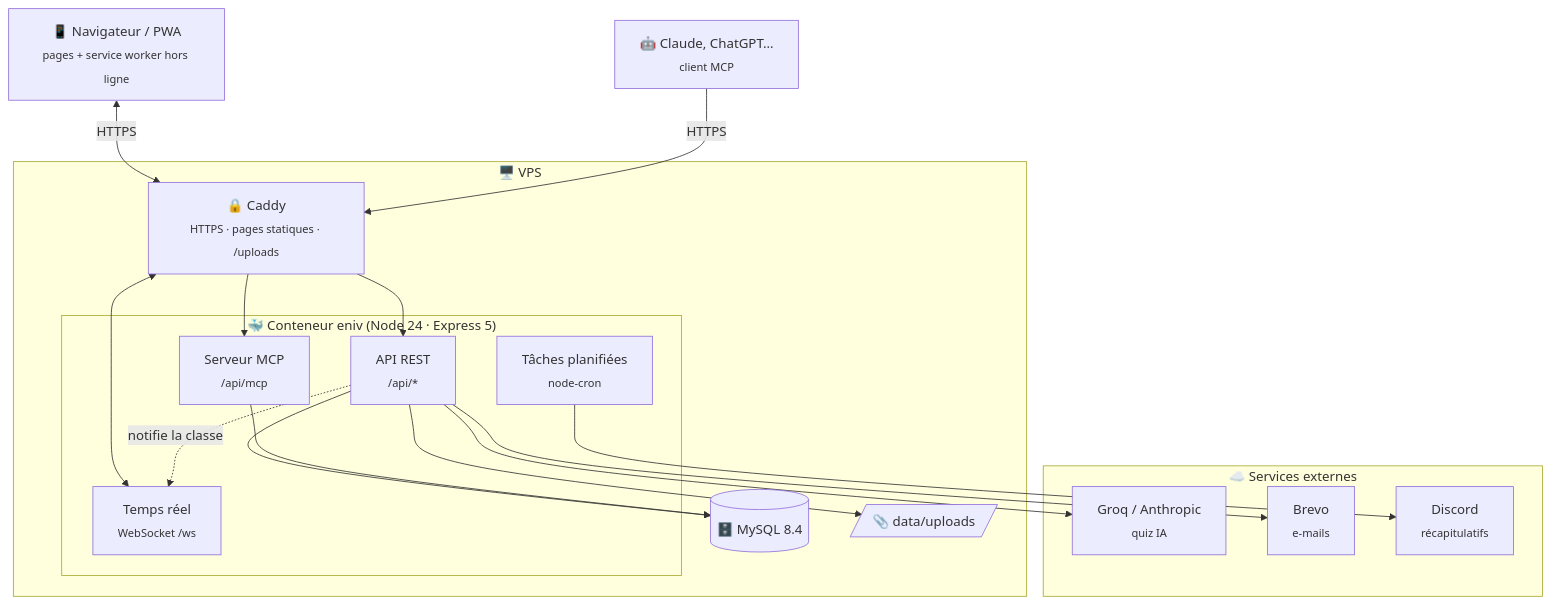
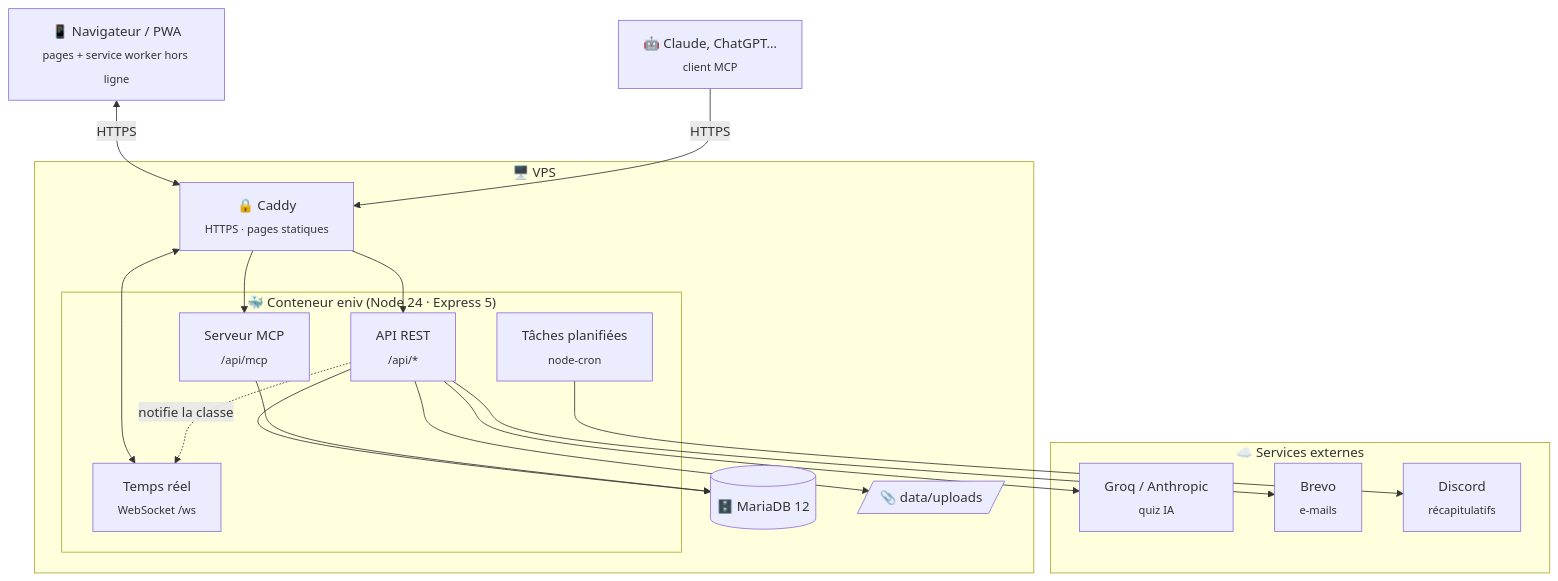
One commit to ENIV-ENT/ENIV changed the first of 2 diagrams in README.md. Above: the diagram before and after it, drawn with Mermaid. The commit also changed other lines of this file and 1 other file, not shown here.

````diff
--- a/README.md
+++ b/README.md
@@ -103,36 +102,36 @@
 ```mermaid
 flowchart TB
     Eleve["📱 Navigateur / PWA<br/><sub>pages + service worker hors ligne</sub>"]
     Assist["🤖 Claude, ChatGPT…<br/><sub>client MCP</sub>"]
 
     subgraph VPS["🖥️ VPS"]
-        Caddy["🔒 Caddy<br/><sub>HTTPS · pages statiques · /uploads</sub>"]
+        Caddy["🔒 Caddy<br/><sub>HTTPS · pages statiques</sub>"]
         subgraph App["🐳 Conteneur eniv (Node 24 · Express 5)"]
             API["API REST<br/><sub>/api/*</sub>"]
             WS["Temps réel<br/><sub>WebSocket /ws</sub>"]
             MCP["Serveur MCP<br/><sub>/api/mcp</sub>"]
             Cron["Tâches planifiées<br/><sub>node-cron</sub>"]
         end
-        DB[("🗄️ MySQL 8.4")]
+        DB[("🗄️ MariaDB 12")]
         Up[/"📎 data/uploads"/]
     end
 
     subgraph Ext["☁️ Services externes"]
         IA["Groq / Anthropic<br/><sub>quiz IA</sub>"]
         Mail["Brevo<br/><sub>e-mails</sub>"]
         Discord["Discord<br/><sub>récapitulatifs</sub>"]
     end
 
     Eleve <-->|HTTPS| Caddy
     Assist -->|HTTPS| Caddy
     Caddy --> API
     Caddy <--> WS
     Caddy --> MCP
     API -. "notifie la classe" .-> WS
     API --> DB
     MCP --> DB
     API --> Up
     API --> IA
     API --> Mail
     Cron --> Discord
 ```
````
